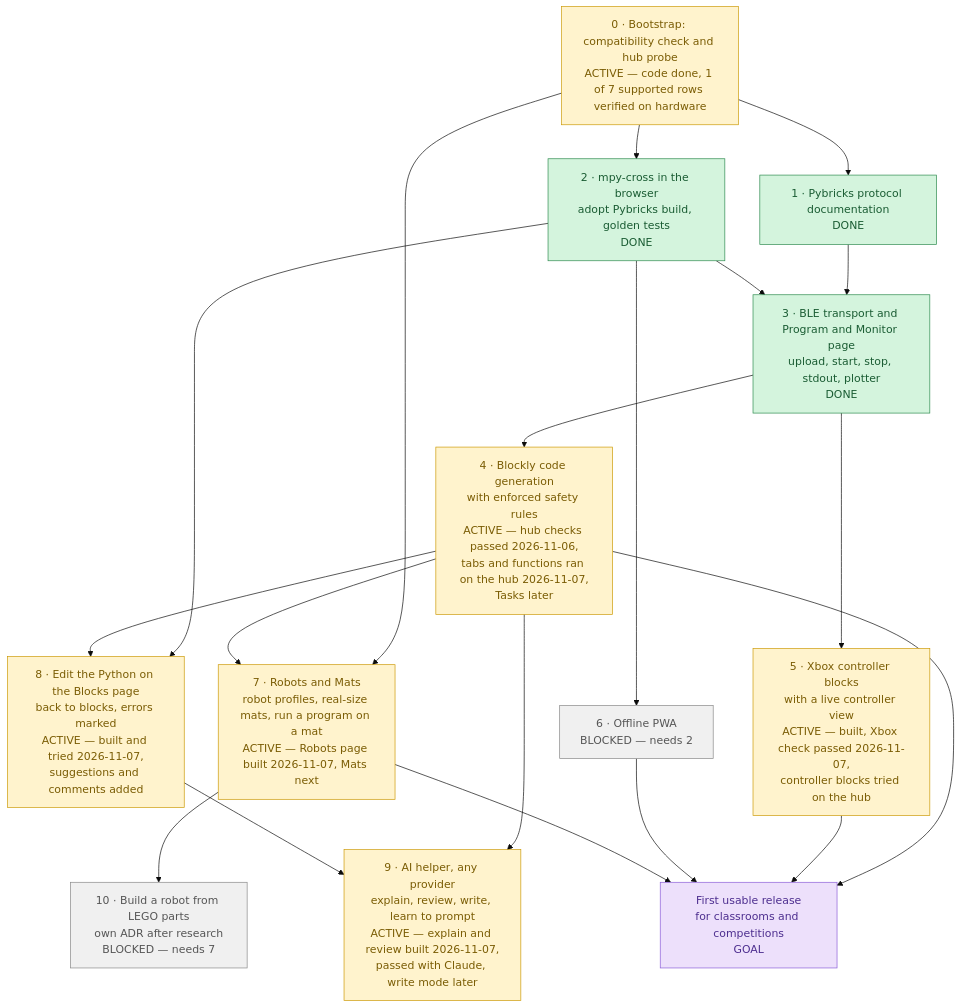
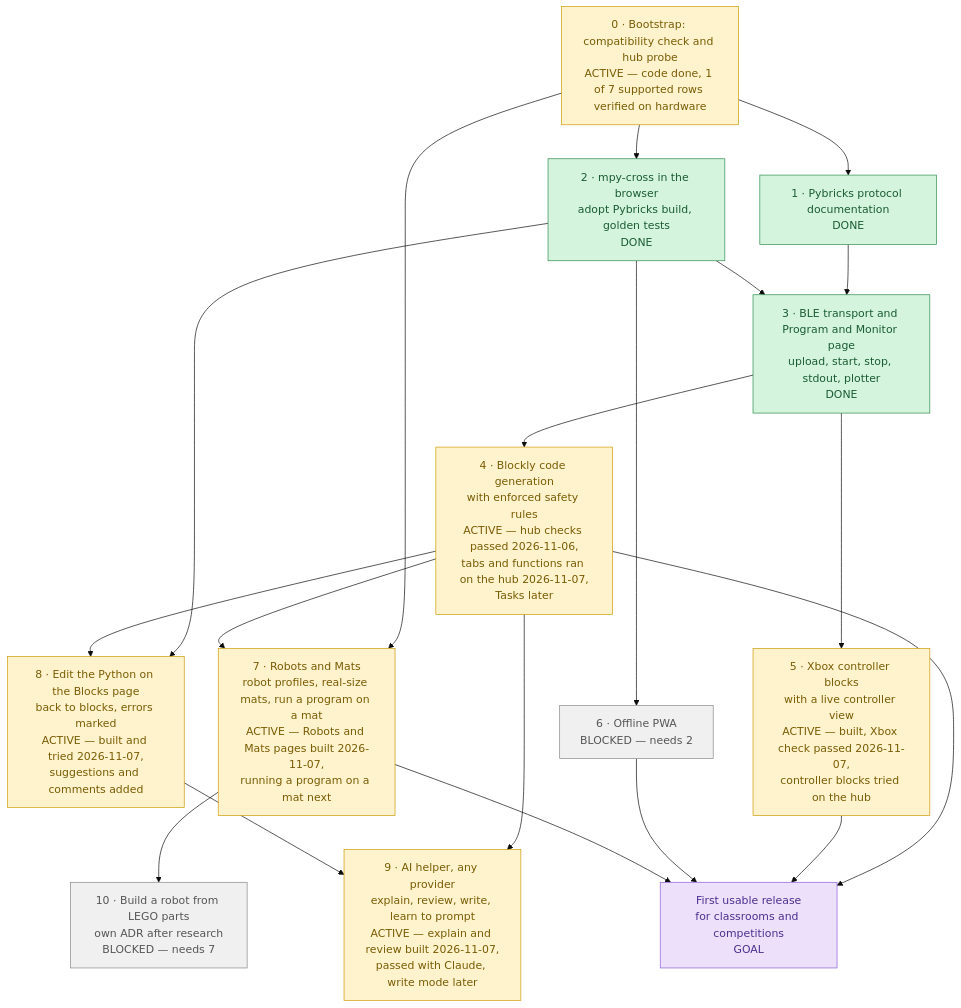
The diagram in docs/roadmap.md (lumduan/matpilot), drawn with Mermaid (base theme) before and after one commit. The commit also changed other lines of this file and 25 other files, not shown here.

````diff
--- a/docs/roadmap.md
+++ b/docs/roadmap.md
@@ -10,49 +10,49 @@
 ```mermaid
 flowchart TD
     M0["0 · Bootstrap: compatibility check and hub probe<br/>ACTIVE — code done, 1 of 7 supported rows verified on hardware"]
     M1["1 · Pybricks protocol documentation<br/>DONE"]
     M2["2 · mpy-cross in the browser<br/>adopt Pybricks build, golden tests<br/>DONE"]
     M3["3 · BLE transport and Program and Monitor page<br/>upload, start, stop, stdout, plotter<br/>DONE"]
     M4["4 · Blockly code generation<br/>with enforced safety rules<br/>ACTIVE — hub checks passed 2026-11-06,<br/>tabs and functions ran on the hub 2026-11-07,<br/>Tasks later"]
     M5["5 · Xbox controller blocks<br/>with a live controller view<br/>ACTIVE — built, Xbox check passed 2026-11-07,<br/>controller blocks tried on the hub"]
     M6["6 · Offline PWA<br/>BLOCKED — needs 2"]
-    M7["7 · Robots and Mats<br/>robot profiles, real-size mats, run a program on a mat<br/>ACTIVE — Robots page built 2026-11-07, Mats next"]
+    M7["7 · Robots and Mats<br/>robot profiles, real-size mats, run a program on a mat<br/>ACTIVE — Robots and Mats pages built 2026-11-07,<br/>running a program on a mat next"]
     M10["10 · Build a robot from LEGO parts<br/>own ADR after research<br/>BLOCKED — needs 7"]
     M8["8 · Edit the Python on the Blocks page<br/>back to blocks, errors marked<br/>ACTIVE — built and tried 2026-11-07,<br/>suggestions and comments added"]
     M9["9 · AI helper, any provider<br/>explain, review, write, learn to prompt<br/>ACTIVE — explain and review built 2026-11-07,<br/>passed with Claude, write mode later"]
     GOAL["First usable release<br/>for classrooms and competitions<br/>GOAL"]
 
     M0 --> M1
     M0 --> M2
     M0 --> M7
     M4 --> M7
     M7 --> M10
     M1 --> M3
     M2 --> M3
     M3 --> M4
     M3 --> M5
     M2 --> M6
     M4 --> GOAL
     M5 --> GOAL
     M6 --> GOAL
     M7 --> GOAL
     M2 --> M8
     M4 --> M8
     M4 --> M9
     M8 --> M9
 
     classDef done     fill:#d4f4dd,stroke:#2d8a4e,color:#1a5c33
     classDef active   fill:#fff3cd,stroke:#cc9a06,color:#7a5c04
     classDef ready    fill:#d6e9ff,stroke:#3b7dd8,color:#1e4d8f
     classDef blocked  fill:#f0f0f0,stroke:#888,color:#555
     classDef goal     fill:#ede0fb,stroke:#8a5cd8,color:#4d2e8f
     classDef decision fill:#fde0e0,stroke:#d05555,color:#8f2e2e
 
     class M0,M4,M5 active
     class M1,M2,M3 done
     class M7 active
     class M6,M10 blocked
     class GOAL goal
     class M8 active
     class M9 active
 ```
````
